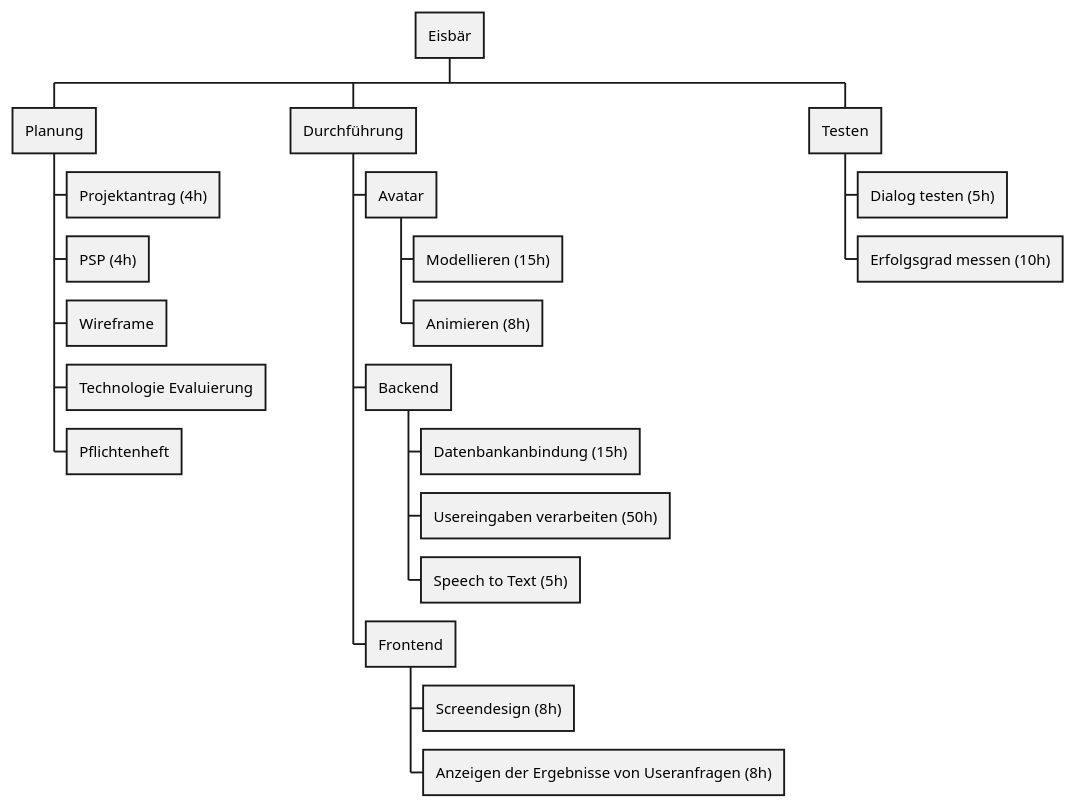
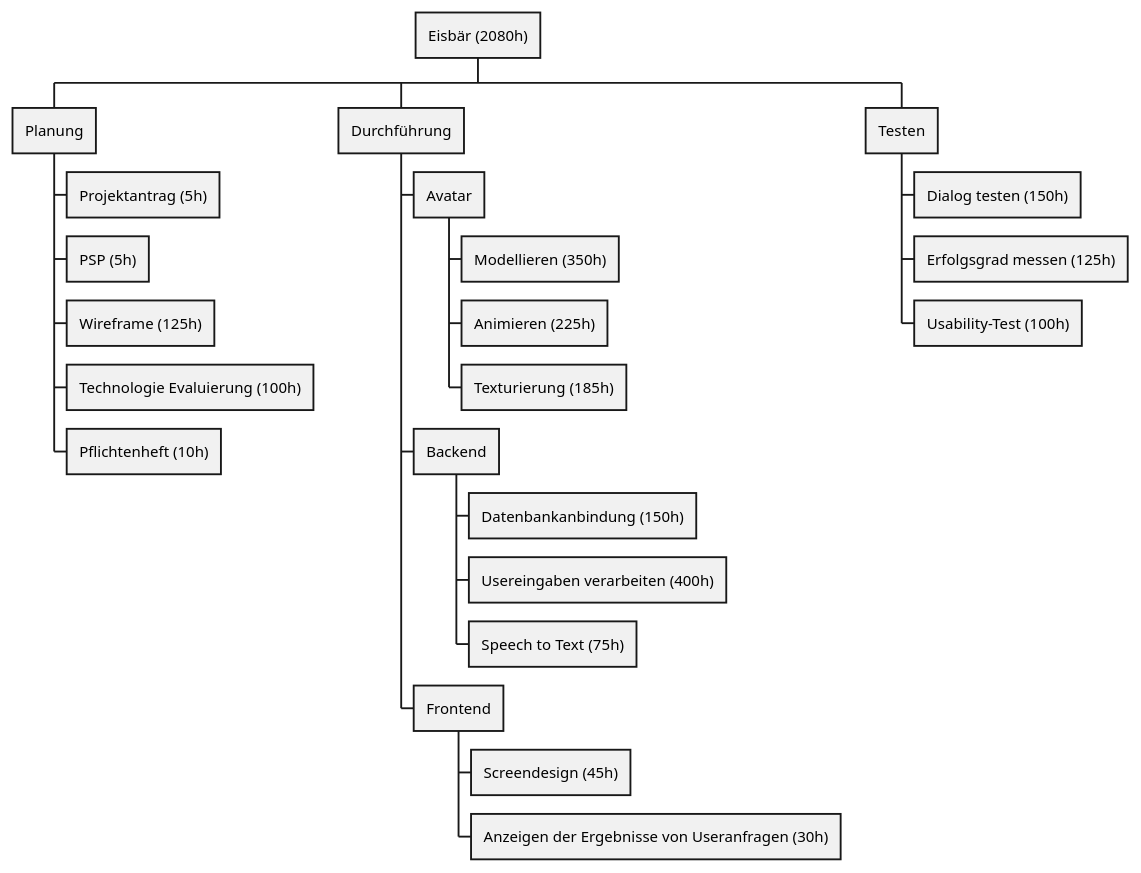
The diagram in documents/psp.puml (2425-4bhitm-itp/eisbaer), drawn with PlantUML before and after one commit.

Commit message:
changed psp

```diff
--- a/documents/psp.puml
+++ b/documents/psp.puml
@@ -1,23 +1,25 @@
 @startwbs
-* Eisbär
+* Eisbär (2080h)
 ** Planung
-*** Projektantrag (4h)
-*** PSP (4h)
-*** Wireframe
-*** Technologie Evaluierung
-*** Pflichtenheft
+*** Projektantrag (5h)
+*** PSP (5h)
+*** Wireframe (125h)
+*** Technologie Evaluierung (100h)
+*** Pflichtenheft (10h)
 ** Durchführung
 *** Avatar
-**** Modellieren (15h)
-**** Animieren (8h)
+**** Modellieren (350h)
+**** Animieren (225h)
+**** Texturierung (185h)
 *** Backend
-**** Datenbankanbindung (15h)
-**** Usereingaben verarbeiten (50h)
-**** Speech to Text (5h)
+**** Datenbankanbindung (150h)
+**** Usereingaben verarbeiten (400h)
+**** Speech to Text (75h)
 *** Frontend
-**** Screendesign (8h)
-**** Anzeigen der Ergebnisse von Useranfragen (8h)
+**** Screendesign (45h)
+**** Anzeigen der Ergebnisse von Useranfragen (30h)
 ** Testen
-*** Dialog testen (5h)
-*** Erfolgsgrad messen (10h)
+*** Dialog testen (150h)
+*** Erfolgsgrad messen (125h)
+*** Usability-Test (100h)
 @endwbs
```
